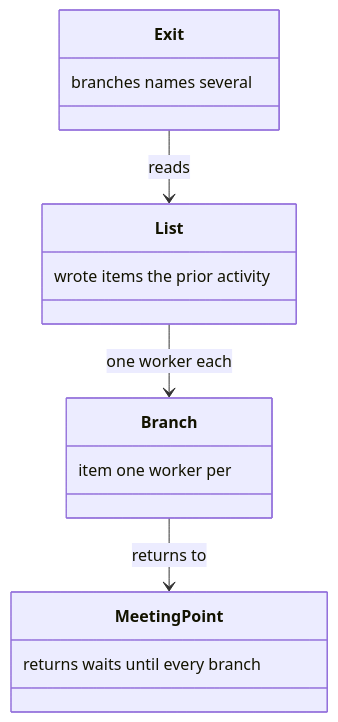
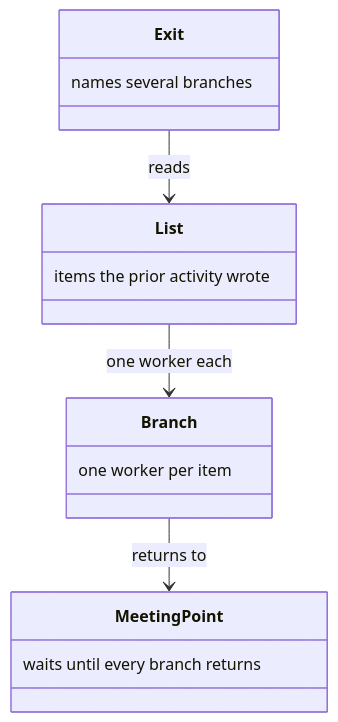
Before and after one commit to m2ux/workflow-server: the tenth of 18 diagrams in docs/dispatch.md, drawn with Mermaid. The commit also changed other lines of this file and 10 other files, not shown here.

Commit message:
Write each class-box note in reading order so the diagram shows the phrase as written.

````diff
--- a/docs/dispatch.md
+++ b/docs/dispatch.md
@@ -171,18 +171,18 @@
 ```mermaid
 classDiagram
   class Exit {
-    branches names several
+    names several branches
   }
   class List {
-    wrote items the prior activity
+    items the prior activity wrote
   }
   class Branch {
-    item one worker per
+    one worker per item
   }
   class MeetingPoint {
-    returns waits until every branch
+    waits until every branch returns
   }
   Exit --> List : reads
   List --> Branch : one worker each
   Branch --> MeetingPoint : returns to
 ```
````
